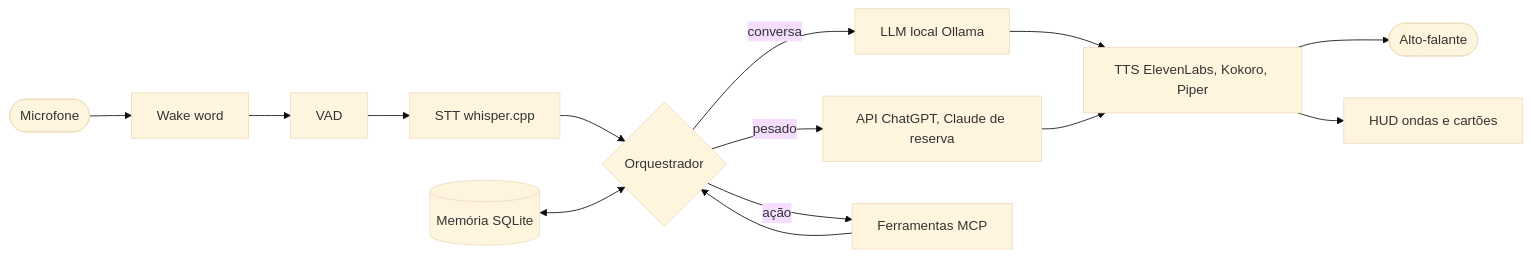
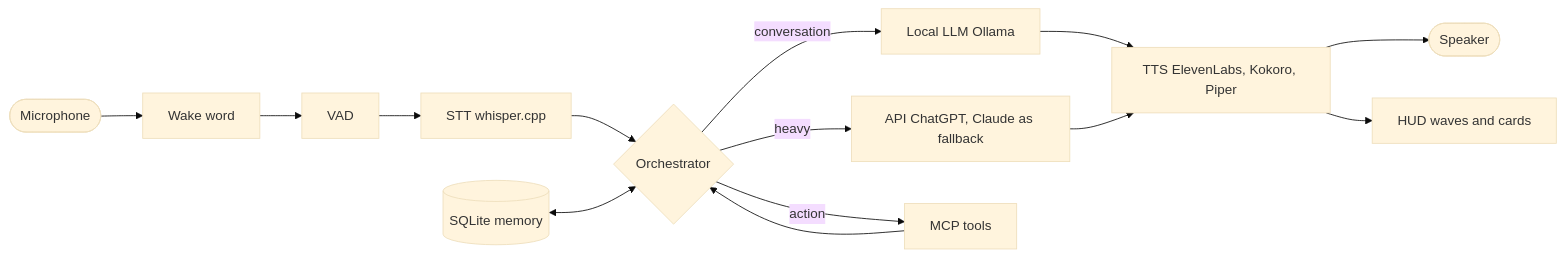
The third of 4 diagrams in docs/MAPA_MENTAL.md (Gabitoprof/Nora), drawn with Mermaid (base theme) before and after one commit. The commit also changed other lines of this file and 4 other files, not shown here.

First line of the commit message:
docs: translate the project document, goal and mind map to English

````diff
--- a/docs/MAPA_MENTAL.md
+++ b/docs/MAPA_MENTAL.md
@@ -161,14 +161,14 @@
 ```mermaid
 flowchart LR
-  mic(["Microfone"]) --> ww["Wake word"] --> vad["VAD"] --> stt["STT whisper.cpp"]
-  stt --> orq{"Orquestrador"}
-  orq -->|conversa| local["LLM local Ollama"]
-  orq -->|pesado| api["API ChatGPT, Claude de reserva"]
-  orq -->|ação| mcp["Ferramentas MCP"]
-  mem[("Memória SQLite")] <--> orq
+  mic(["Microphone"]) --> ww["Wake word"] --> vad["VAD"] --> stt["STT whisper.cpp"]
+  stt --> orq{"Orchestrator"}
+  orq -->|conversation| local["Local LLM Ollama"]
+  orq -->|heavy| api["API ChatGPT, Claude as fallback"]
+  orq -->|action| mcp["MCP tools"]
+  mem[("SQLite memory")] <--> orq
   local --> tts["TTS ElevenLabs, Kokoro, Piper"]
   api --> tts
   mcp --> orq
-  tts --> spk(["Alto-falante"])
-  tts --> hud["HUD ondas e cartões"]
+  tts --> spk(["Speaker"])
+  tts --> hud["HUD waves and cards"]
 ```
````
